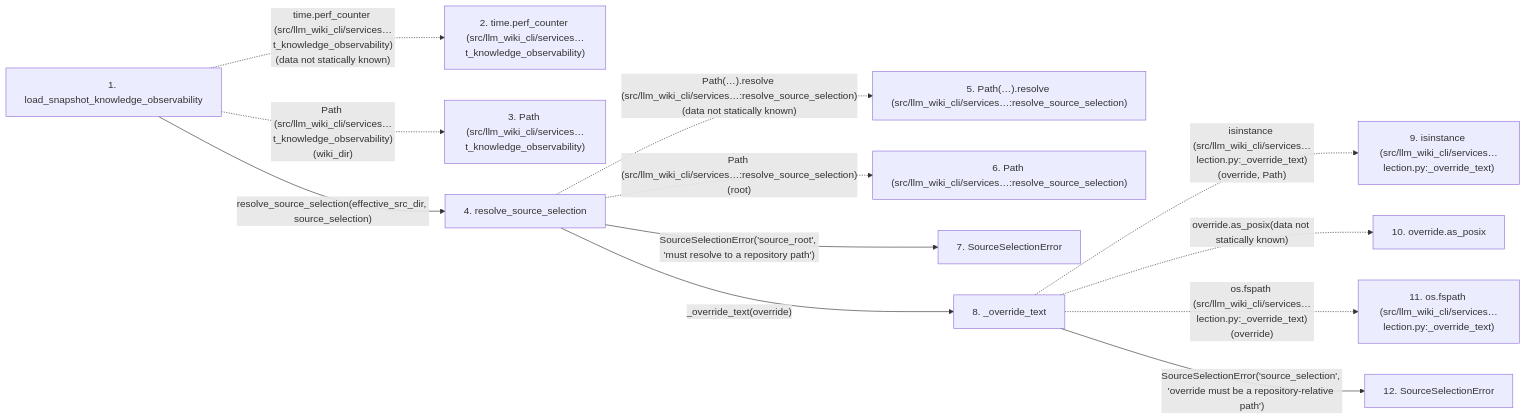
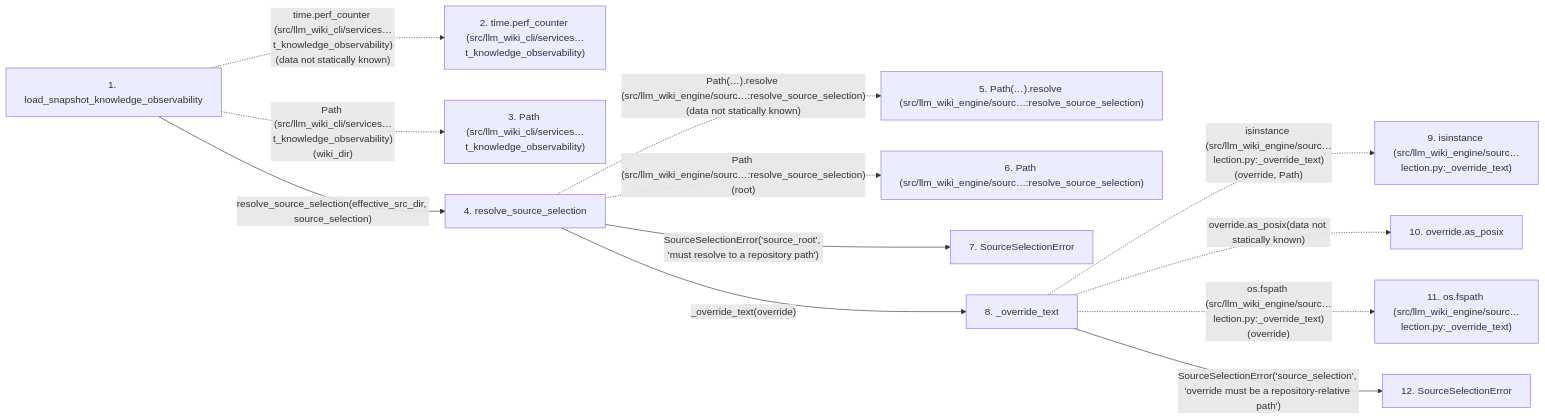
The second of 2 diagrams in docs/llm_wiki/flows/api-load_snapshot_knowledge_observability.md (Denissvgn/python-wiki-llm), drawn with Mermaid before and after one commit. The commit also changed other lines of this file and 739 other files, not shown here.

First line of the commit message:
docs: refresh the wiki for the second engine batch

````diff
--- a/docs/llm_wiki/flows/api-load_snapshot_knowledge_observability.md
+++ b/docs/llm_wiki/flows/api-load_snapshot_knowledge_observability.md
@@ -178,31 +178,31 @@
 ```mermaid
 flowchart LR
     s1["1. load_snapshot_knowledge_observability"]
     s2["2. time.perf_counter (src/llm_wiki_cli/services…t_knowledge_observability)"]
     s3["3. Path (src/llm_wiki_cli/services…t_knowledge_observability)"]
     s4["4. resolve_source_selection"]
-    s5["5. Path(…).resolve (src/llm_wiki_cli/services…:resolve_source_selection)"]
-    s6["6. Path (src/llm_wiki_cli/services…:resolve_source_selection)"]
+    s5["5. Path(…).resolve (src/llm_wiki_engine/sourc…:resolve_source_selection)"]
+    s6["6. Path (src/llm_wiki_engine/sourc…:resolve_source_selection)"]
     s7["7. SourceSelectionError"]
     s8["8. _override_text"]
-    s9["9. isinstance (src/llm_wiki_cli/services…lection.py:_override_text)"]
+    s9["9. isinstance (src/llm_wiki_engine/sourc…lection.py:_override_text)"]
     s10["10. override.as_posix"]
-    s11["11. os.fspath (src/llm_wiki_cli/services…lection.py:_override_text)"]
+    s11["11. os.fspath (src/llm_wiki_engine/sourc…lection.py:_override_text)"]
     s12["12. SourceSelectionError"]
     s1 -. "time.perf_counter (src/llm_wiki_cli/services…t_knowledge_observability)(data not statically known)" .-> s2
     s1 -. "Path (src/llm_wiki_cli/services…t_knowledge_observability)(wiki_dir)" .-> s3
     s1 -->|"resolve_source_selection(effective_src_dir, source_selection)"| s4
-    s4 -. "Path(…).resolve (src/llm_wiki_cli/services…:resolve_source_selection)(data not statically known)" .-> s5
-    s4 -. "Path (src/llm_wiki_cli/services…:resolve_source_selection)(root)" .-> s6
+    s4 -. "Path(…).resolve (src/llm_wiki_engine/sourc…:resolve_source_selection)(data not statically known)" .-> s5
+    s4 -. "Path (src/llm_wiki_engine/sourc…:resolve_source_selection)(root)" .-> s6
     s4 -->|"SourceSelectionError('source_root', 'must resolve to a repository path')"| s7
     s4 -->|"_override_text(override)"| s8
-    s8 -. "isinstance (src/llm_wiki_cli/services…lection.py:_override_text)(override, Path)" .-> s9
+    s8 -. "isinstance (src/llm_wiki_engine/sourc…lection.py:_override_text)(override, Path)" .-> s9
     s8 -. "override.as_posix(data not statically known)" .-> s10
-    s8 -. "os.fspath (src/llm_wiki_cli/services…lection.py:_override_text)(override)" .-> s11
+    s8 -. "os.fspath (src/llm_wiki_engine/sourc…lection.py:_override_text)(override)" .-> s11
     s8 -->|"SourceSelectionError('source_selection', 'override must be a repository-relative path')"| s12
     click s1 "../modules/knowledge_observability.md"
     click s4 "../modules/source_selection.md"
     click s7 "../modules/source_selection.md"
     click s8 "../modules/source_selection.md"
     click s12 "../modules/source_selection.md"
 ```
````
